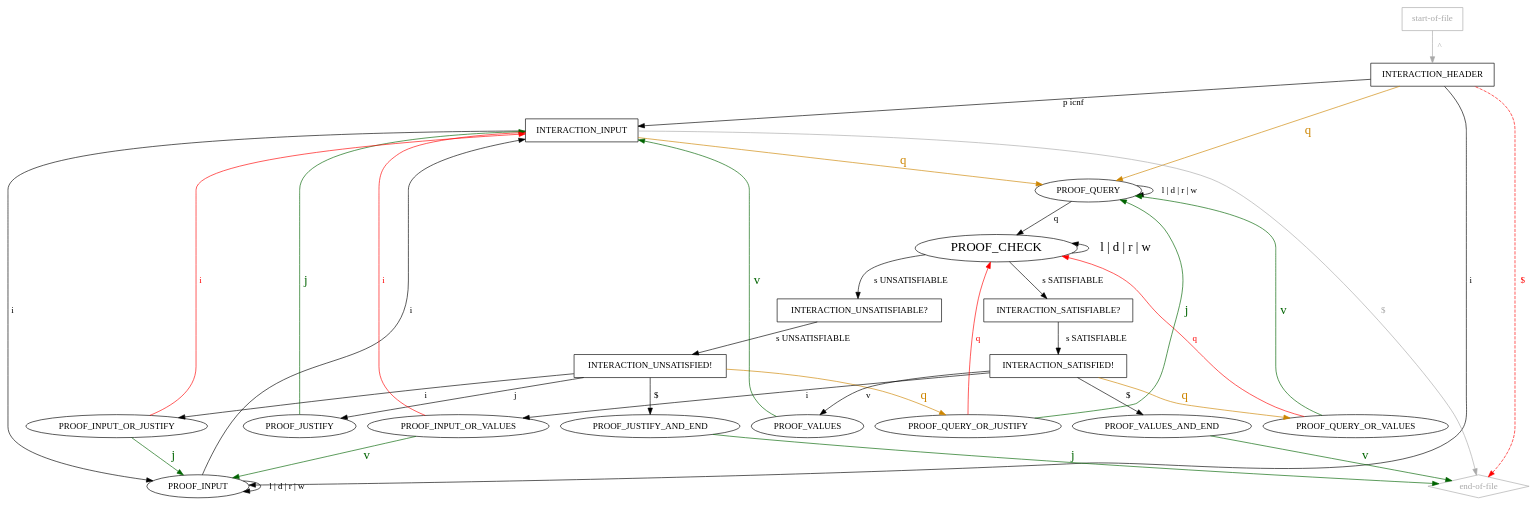
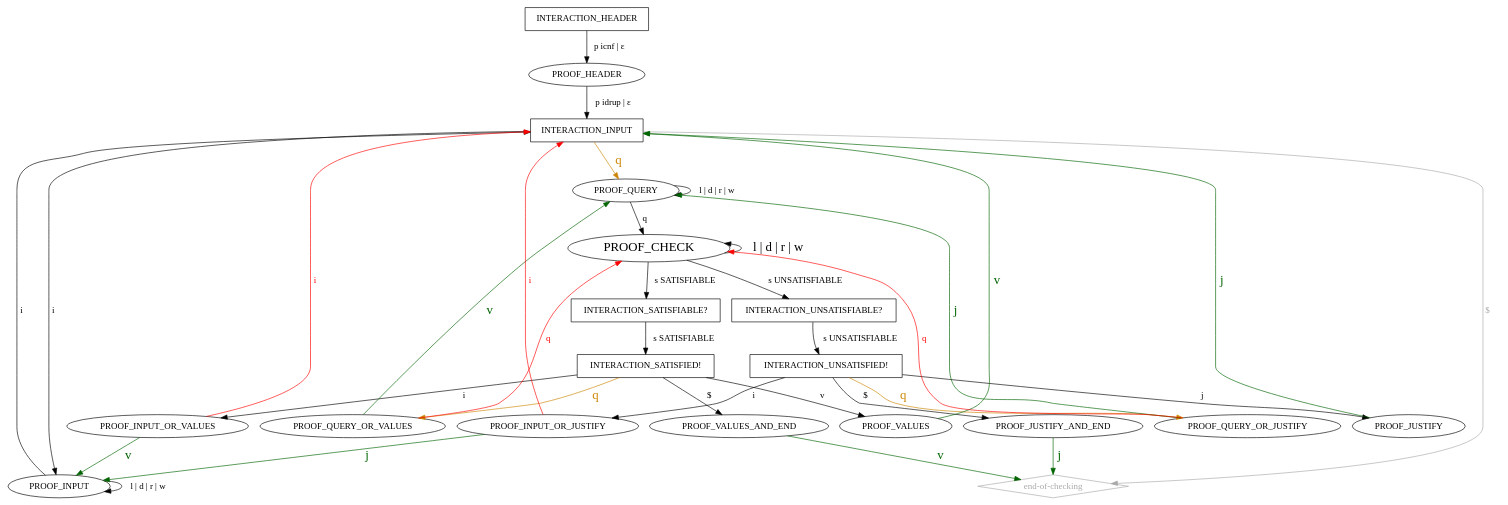
Before and after one commit to arminbiere/lidrup-check: the diagram in idrup-check-relaxed.dot, drawn with Graphviz. The commit also changed 3 other files, not shown here.

```diff
--- a/idrup-check-relaxed.dot
+++ b/idrup-check-relaxed.dot
@@ -1,68 +1,60 @@
 digraph "idrup-check" {
 
-  "start-of-file" [shape=box,color=darkgray,fontcolor=darkgray];
-  "start-of-file" -> INTERACTION_HEADER [label=" ^ ";weight=2,color=darkgray,fontcolor=darkgray];
+  INTERACTION_HEADER [shape=box];
+  INTERACTION_HEADER -> PROOF_HEADER [label=" p icnf | ε "];
+  PROOF_HEADER -> INTERACTION_INPUT [label=" p idrup | ε "];
 
-  "end-of-file" [shape=diamond,color=darkgray,fontcolor=darkgray];
-
-  // INTERACTION_HEADER -> "end-of-file";
-  // INTERACTION_INPUT -> "end-of-file";
-   "end-of-file" -> INTERACTION_HEADER [label="  $  ",dir=back,style=dashed,color=red,fontcolor=red];
-   "end-of-file" -> INTERACTION_INPUT [label="$    ",dir=back,color=darkgray,fontcolor=darkgray];
-
-  INTERACTION_HEADER [shape=box];
-  INTERACTION_HEADER -> PROOF_INPUT [label=" i "];
-  INTERACTION_HEADER -> PROOF_QUERY [label=" q ",color=orange3,fontsize=20,fontcolor=orange3];
-  INTERACTION_HEADER -> INTERACTION_INPUT [label=" p icnf ",weight=2,color=black,fontcolor=black];
+  "end-of-checking" [shape=diamond,color=darkgray,fontcolor=darkgray];
+  "end-of-checking" -> INTERACTION_INPUT [label="$    ",dir=back,color=darkgray,fontcolor=darkgray];
 
   INTERACTION_INPUT [shape=box];
-  INTERACTION_INPUT -> PROOF_INPUT [label=" i ",weight=2];
-  INTERACTION_INPUT -> PROOF_QUERY [label=" q ",weight=2,color=orange3,fontsize=20,fontcolor=orange3];
+  INTERACTION_INPUT -> PROOF_INPUT [label=" i "];
+  INTERACTION_INPUT -> PROOF_QUERY [label=" q ",color=orange3,fontsize=20,fontcolor=orange3];
 
   PROOF_INPUT -> INTERACTION_INPUT [label=" i "];
   PROOF_INPUT -> PROOF_INPUT [label=" l | d | r | w "];
 
   PROOF_QUERY -> PROOF_CHECK [label=" q "];
   PROOF_QUERY -> PROOF_QUERY [label=" l | d | r | w "];
 
   PROOF_CHECK [fontsize=20];
   PROOF_CHECK -> PROOF_CHECK [label=" l | d | r | w ",dir=back,fontsize=20];
   PROOF_CHECK -> INTERACTION_SATISFIABLE [label=" s SATISFIABLE "];
   PROOF_CHECK -> INTERACTION_UNSATISFIABLE [label=" s UNSATISFIABLE "];
 
   INTERACTION_UNSATISFIABLE [shape="box",label="INTERACTION_UNSATISFIABLE?"];
   INTERACTION_UNSATISFIABLE -> INTERACTION_UNSATISFIED [label=" s UNSATISFIABLE "];
 
   INTERACTION_SATISFIABLE [shape="box",label="INTERACTION_SATISFIABLE?"];
   INTERACTION_SATISFIABLE -> INTERACTION_SATISFIED [label=" s SATISFIABLE "];
 
   INTERACTION_SATISFIED [shape=box,label="INTERACTION_SATISFIED!"];
   INTERACTION_SATISFIED -> PROOF_VALUES [label=" v "];
   INTERACTION_SATISFIED -> PROOF_INPUT_OR_VALUES [label=" i "];
   INTERACTION_SATISFIED -> PROOF_QUERY_OR_VALUES [label=" q ", color=orange3,fontsize=20,fontcolor=orange3];
   INTERACTION_SATISFIED -> PROOF_VALUES_AND_END [label=" $ "];
 
   INTERACTION_UNSATISFIED [shape=box,label="INTERACTION_UNSATISFIED!"];
   INTERACTION_UNSATISFIED -> PROOF_JUSTIFY [label=" j "];
   INTERACTION_UNSATISFIED -> PROOF_INPUT_OR_JUSTIFY [label=" i "];
   INTERACTION_UNSATISFIED -> PROOF_QUERY_OR_JUSTIFY [label=" q ",color=orange3,fontsize=20,fontcolor=orange3];
   INTERACTION_UNSATISFIED -> PROOF_JUSTIFY_AND_END [label=" $ "];
 
-  PROOF_VALUES_AND_END -> "end-of-file" [label=" v ",color=darkgreen,fontsize=20,fontcolor=darkgreen];
-  PROOF_JUSTIFY_AND_END -> "end-of-file" [label=" j ",color=darkgreen,fontsize=20,fontcolor=darkgreen];
+  PROOF_VALUES_AND_END -> "end-of-checking" [label=" v ",color=darkgreen,fontsize=20,fontcolor=darkgreen];
+  PROOF_JUSTIFY_AND_END -> "end-of-checking" [label=" j ",color=darkgreen,fontsize=20,fontcolor=darkgreen];
 
   PROOF_VALUES -> INTERACTION_INPUT [label=" v ",color=darkgreen,fontsize=20,fontcolor=darkgreen];
   PROOF_JUSTIFY -> INTERACTION_INPUT [label=" j ",color=darkgreen,fontsize=20,fontcolor=darkgreen];
 
   PROOF_INPUT_OR_VALUES -> INTERACTION_INPUT [label=" i ",color=red,fontcolor=red];
   PROOF_INPUT_OR_VALUES -> PROOF_INPUT [label=" v ", color=darkgreen,fontcolor=darkgreen,fontsize=20];
 
   PROOF_QUERY_OR_VALUES -> PROOF_QUERY [label=" v ",color=darkgreen,fontcolor=darkgreen,fontsize=20];
   PROOF_QUERY_OR_VALUES -> PROOF_CHECK [label=" q ",color=red,fontcolor=red];
 
   PROOF_QUERY_OR_JUSTIFY -> PROOF_QUERY [label=" j ",color=darkgreen,fontcolor=darkgreen,fontsize=20];
   PROOF_QUERY_OR_JUSTIFY -> PROOF_CHECK [label=" q ",color=red,fontcolor=red];
 
   PROOF_INPUT_OR_JUSTIFY -> PROOF_INPUT [label=" j ",color=darkgreen,fontcolor=darkgreen,fontsize=20];
   PROOF_INPUT_OR_JUSTIFY -> INTERACTION_INPUT [label=" i ",color=red,fontcolor=red];
 }
```
